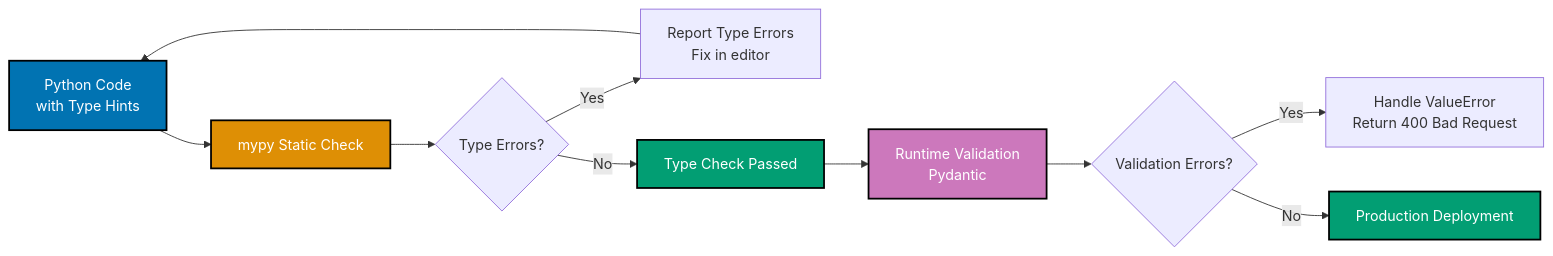
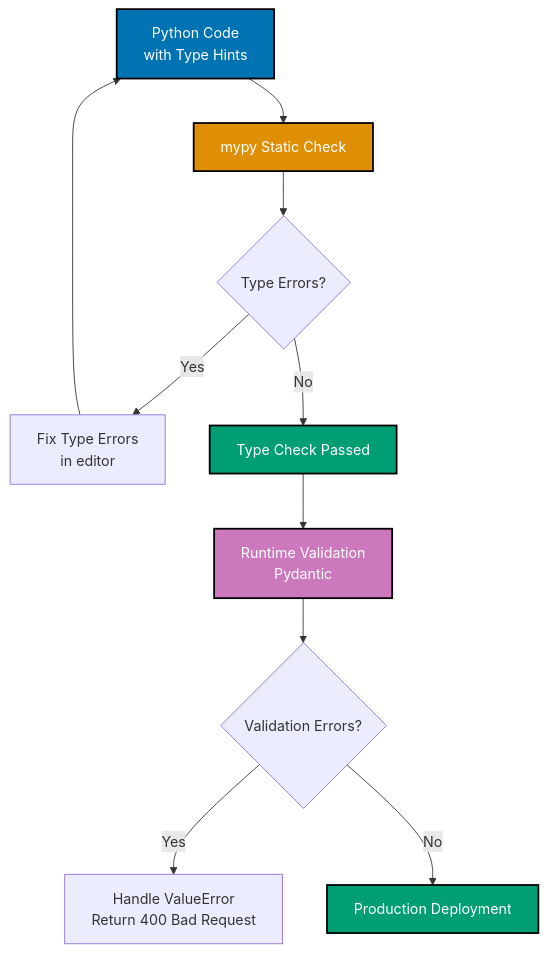
The second of 5 diagrams in docs/explanation/software-engineering/programming-languages/python/type-safety.md (wahidyankf/ose-primer), drawn with Mermaid before and after one commit. The commit also changed 86 other files, not shown here.

````diff
--- a/docs/explanation/software-engineering/programming-languages/python/type-safety.md
+++ b/docs/explanation/software-engineering/programming-languages/python/type-safety.md
@@ -257,22 +257,22 @@
 ```mermaid
 %% Color Palette: Blue #0173B2, Orange #DE8F05, Teal #029E73, Purple #CC78BC
-graph LR
+graph TD
   A[Python Code<br/>with Type Hints] --> B[mypy Static Check]
   B --> C{Type Errors?}
 
-  C -->|Yes| D[Report Type Errors<br/>Fix in editor]
+  C -->|Yes| D[Fix Type Errors<br/>in editor]
+  D --> A
+
   C -->|No| E[Type Check Passed]
-
-  D --> A
   E --> F[Runtime Validation<br/>Pydantic]
 
   F --> G{Validation Errors?}
   G -->|Yes| H[Handle ValueError<br/>Return 400 Bad Request]
   G -->|No| I[Production Deployment]
 
   style A fill:#0173B2,stroke:#000,color:#fff,stroke-width:2px
   style B fill:#DE8F05,stroke:#000,color:#fff,stroke-width:2px
   style E fill:#029E73,stroke:#000,color:#fff,stroke-width:2px
   style F fill:#CC78BC,stroke:#000,color:#fff,stroke-width:2px
   style I fill:#029E73,stroke:#000,color:#fff,stroke-width:2px
 ```
````
